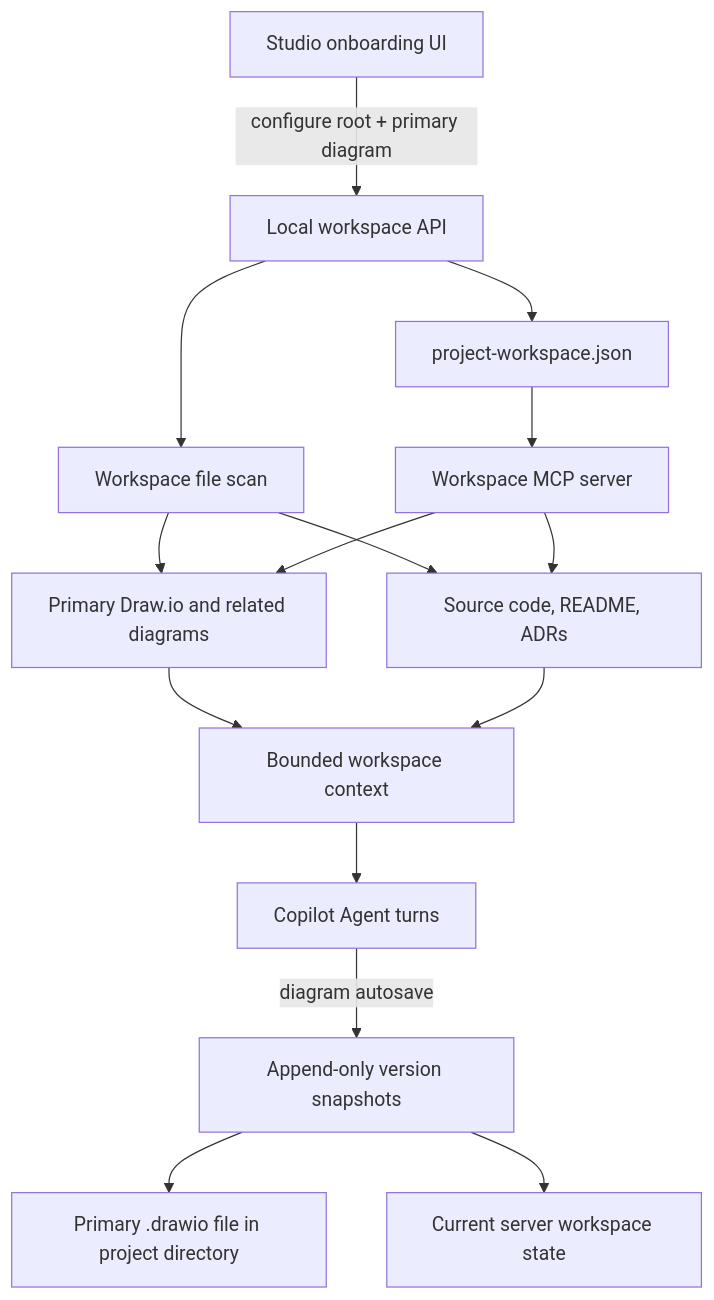
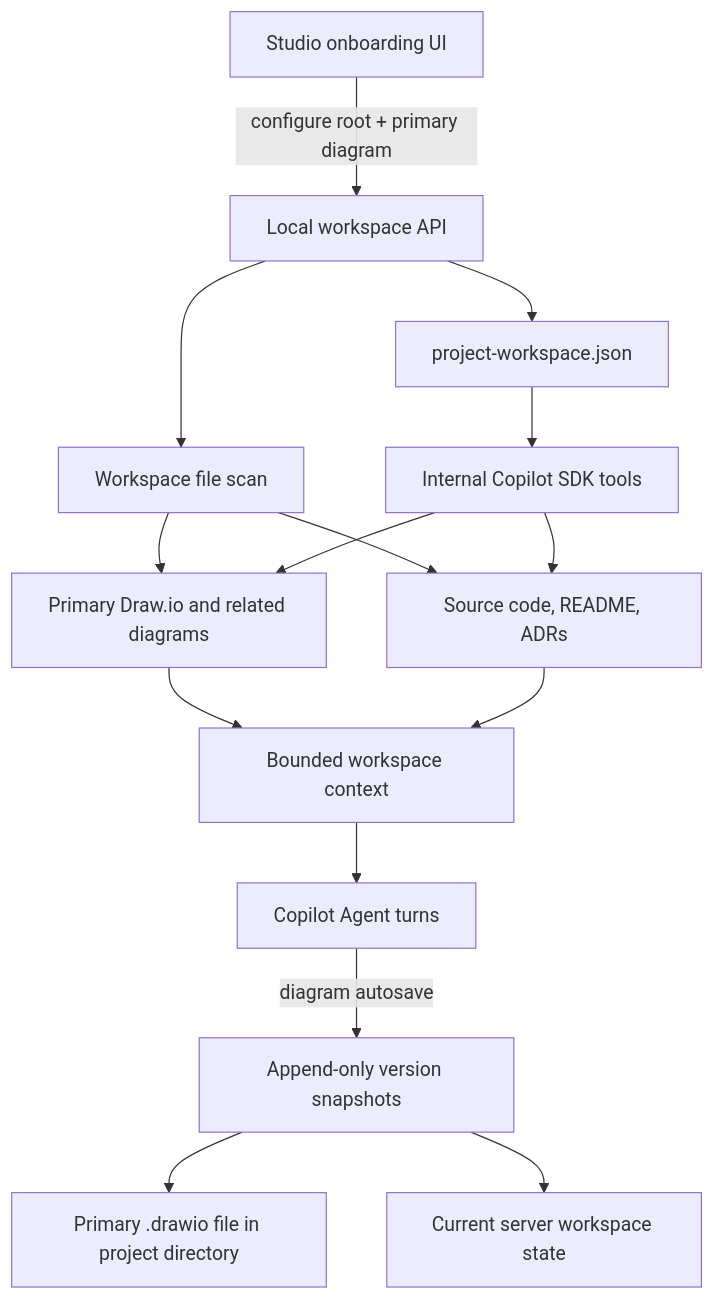
One commit to saga/architecture-diagram-studio changed the diagram in docs/adr/0001-project-workspace-as-authoritative-context.md. Above: the diagram before and after it, drawn with Mermaid. The commit also changed other lines of this file, not shown here.

Commit message:
docs(adr): align workspace architecture with internal Copilot tools

````diff
--- a/docs/adr/0001-project-workspace-as-authoritative-context.md
+++ b/docs/adr/0001-project-workspace-as-authoritative-context.md
@@ -23,17 +23,17 @@
 ```mermaid
 flowchart TD
   UI[Studio onboarding UI] -->|configure root + primary diagram| API[Local workspace API]
   API --> CFG[project-workspace.json]
   API --> IDX[Workspace file scan]
   IDX --> DRAW[Primary Draw.io and related diagrams]
   IDX --> SRC[Source code, README, ADRs]
   DRAW --> CTX[Bounded workspace context]
   SRC --> CTX
   CTX --> AGENT[Copilot Agent turns]
-  CFG --> MCP[Workspace MCP server]
-  MCP --> DRAW
-  MCP --> SRC
+  CFG --> TOOLS[Internal Copilot SDK tools]
+  TOOLS --> DRAW
+  TOOLS --> SRC
   AGENT -->|diagram autosave| SNAP[Append-only version snapshots]
   SNAP --> FILE[Primary .drawio file in project directory]
   SNAP --> STATE[Current server workspace state]
 ```
````
